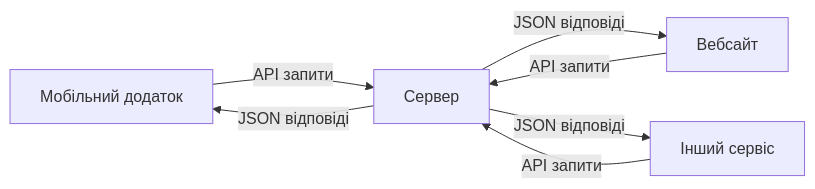
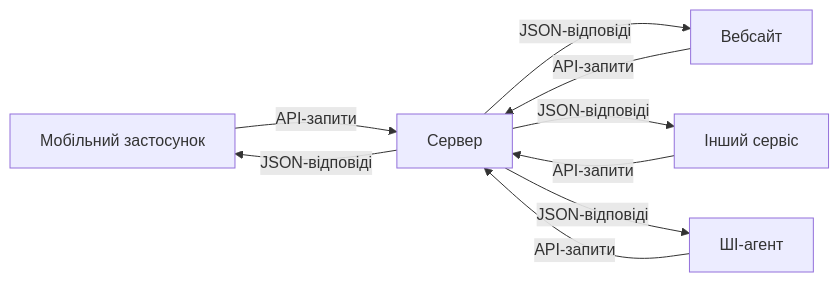
The first of 9 diagrams in presentations/presentation-11.md (olroi421/course-opi-v2), drawn with Mermaid before and after one commit. The commit also changed other lines of this file and 10 other files, not shown here.

````diff
--- a/presentations/presentation-11.md
+++ b/presentations/presentation-11.md
@@ -19,10 +29,12 @@
 ```mermaid
 graph LR
-    A[Мобільний додаток] -->|API запити| B[Сервер]
-    C[Вебсайт] -->|API запити| B
-    D[Інший сервіс] -->|API запити| B
+    A["Мобільний застосунок"] -->|API-запити| B["Сервер"]
+    C["Вебсайт"] -->|API-запити| B
+    D["Інший сервіс"] -->|API-запити| B
+    E["ШІ-агент"] -->|API-запити| B
 
-    B -->|JSON відповіді| A
-    B -->|JSON відповіді| C
-    B -->|JSON відповіді| D
+    B -->|JSON-відповіді| A
+    B -->|JSON-відповіді| C
+    B -->|JSON-відповіді| D
+    B -->|JSON-відповіді| E
 ```
````
